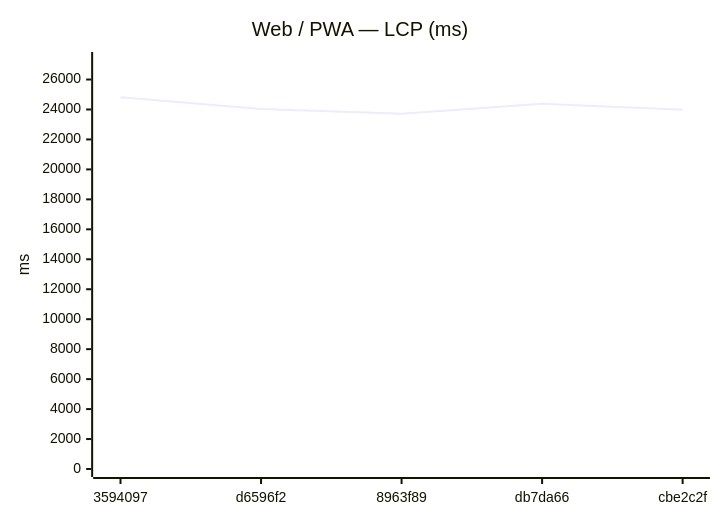
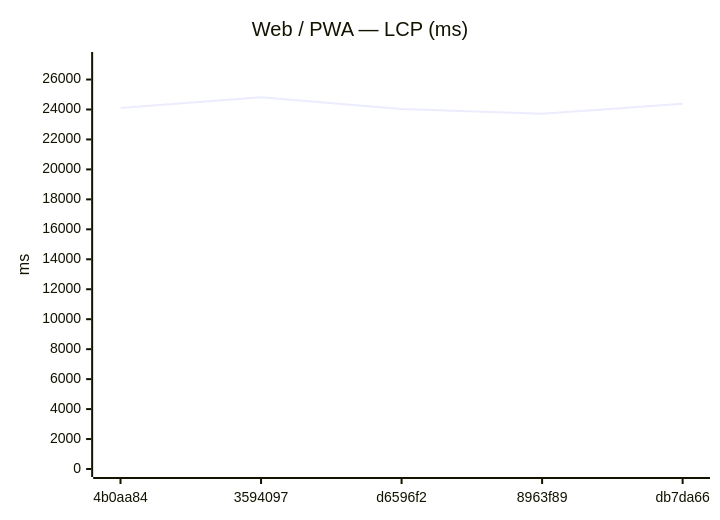
Before and after one commit to Metaheurist/Rianell: the fifth of 12 diagrams in benchmarks/compare.md, drawn with Mermaid. The commit also changed other lines of this file and 8 other files, not shown here.

````diff
--- a/benchmarks/compare.md
+++ b/benchmarks/compare.md
@@ -82,7 +82,7 @@
 ```mermaid
 xychart-beta
     title "Web / PWA — LCP (ms)"
-    x-axis ["3594097", "d6596f2", "8963f89", "db7da66", "cbe2c2f"]
+    x-axis ["4b0aa84", "3594097", "d6596f2", "8963f89", "db7da66"]
     y-axis "ms" 0 --> 27303
-    line [24820, 24030, 23715, 24380, 23980]
+    line [24101, 24820, 24030, 23715, 24380]
 ```
````
